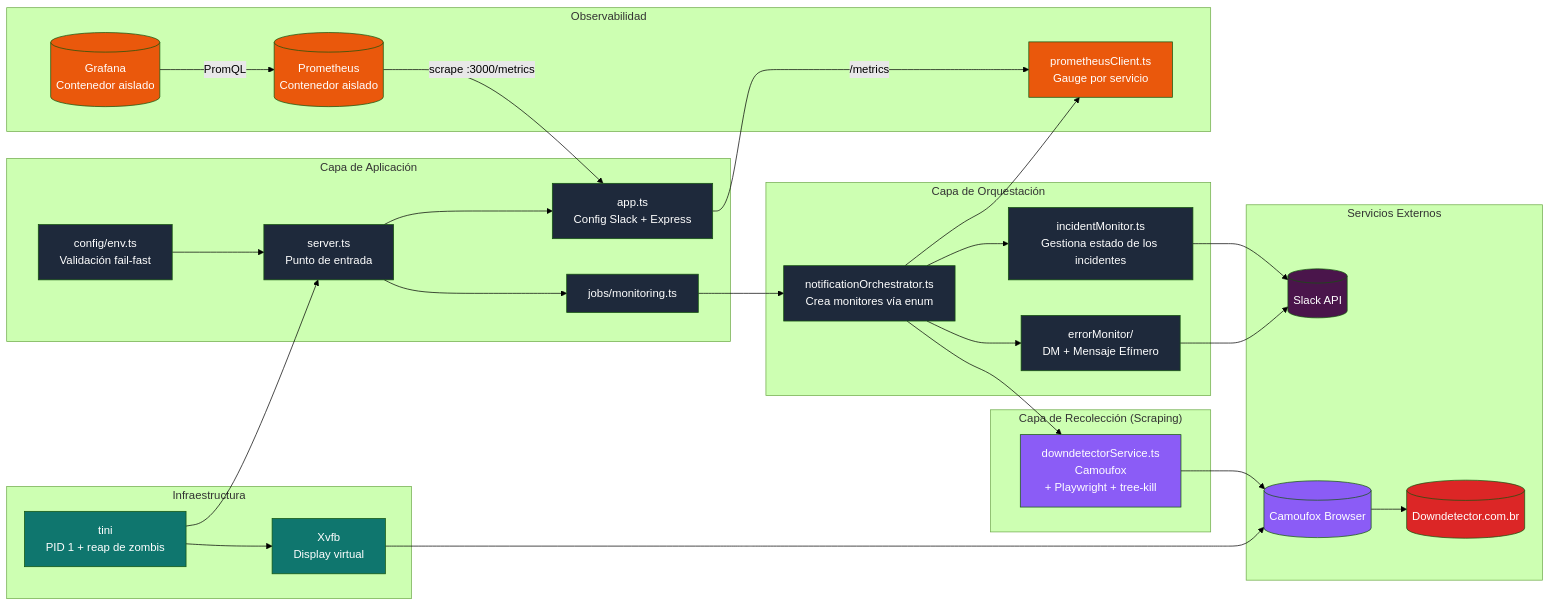
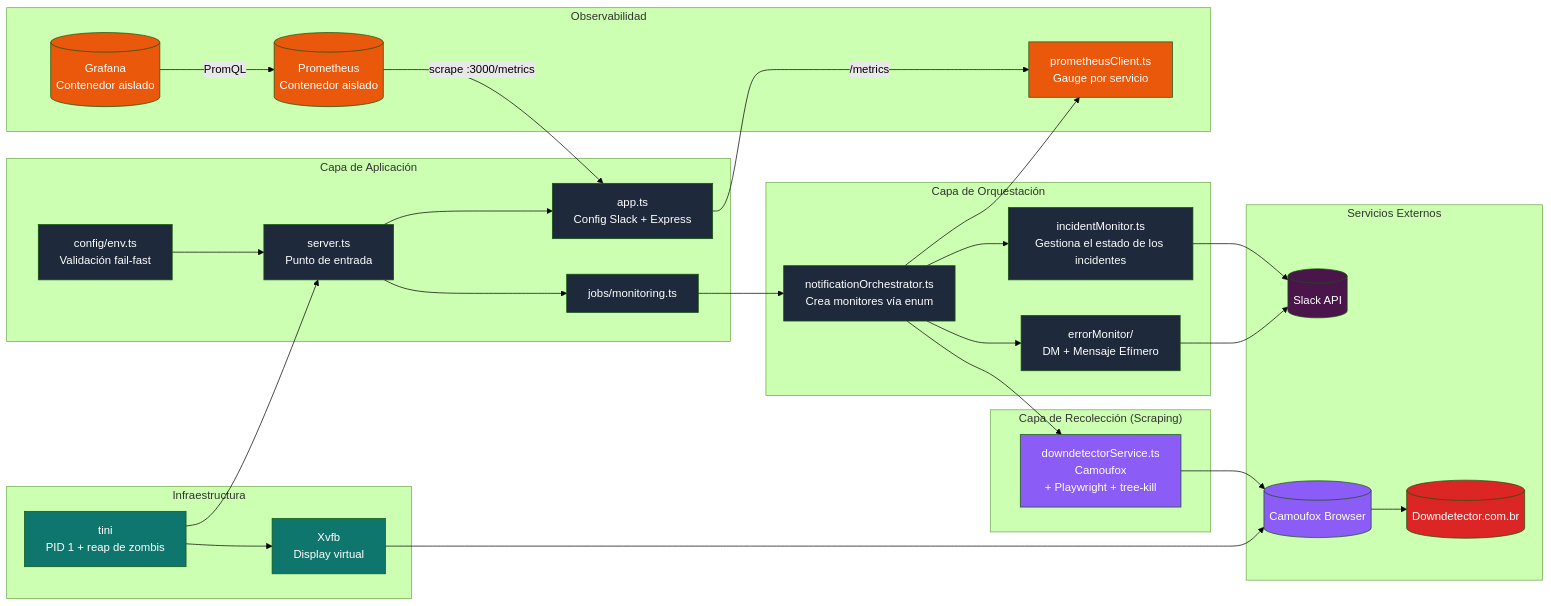
The fourth of 4 diagrams in README.md (eduardotashiro/downdetector-slack), drawn with Mermaid (forest theme) before and after one commit. The commit also changed other lines of this file, not shown here.

```diff
--- a/README.md
+++ b/README.md
@@ -1276,7 +1123,7 @@
 
     subgraph "Capa de Orquestación"
         Orchestrator[notificationOrchestrator.ts<br/>Crea monitores vía enum]
-        Incident[incidentMonitor.ts<br/>Gestiona estado de los incidentes]
+        Incident[incidentMonitor.ts<br/>Gestiona el estado de los incidentes]
         ErrorMon["errorMonitor/<br/>DM + Mensaje Efímero"]
     end
 
```
